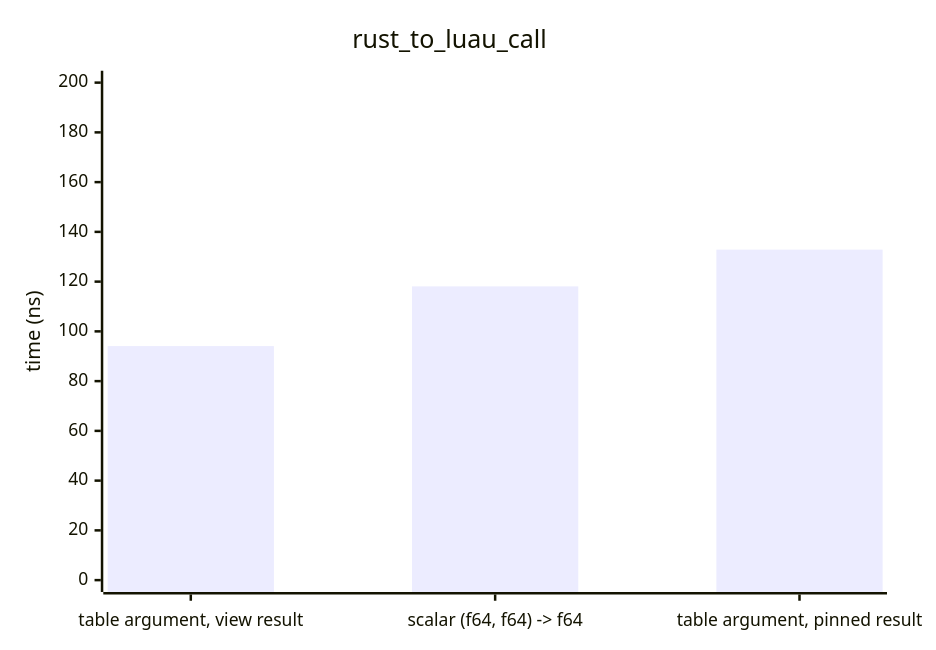
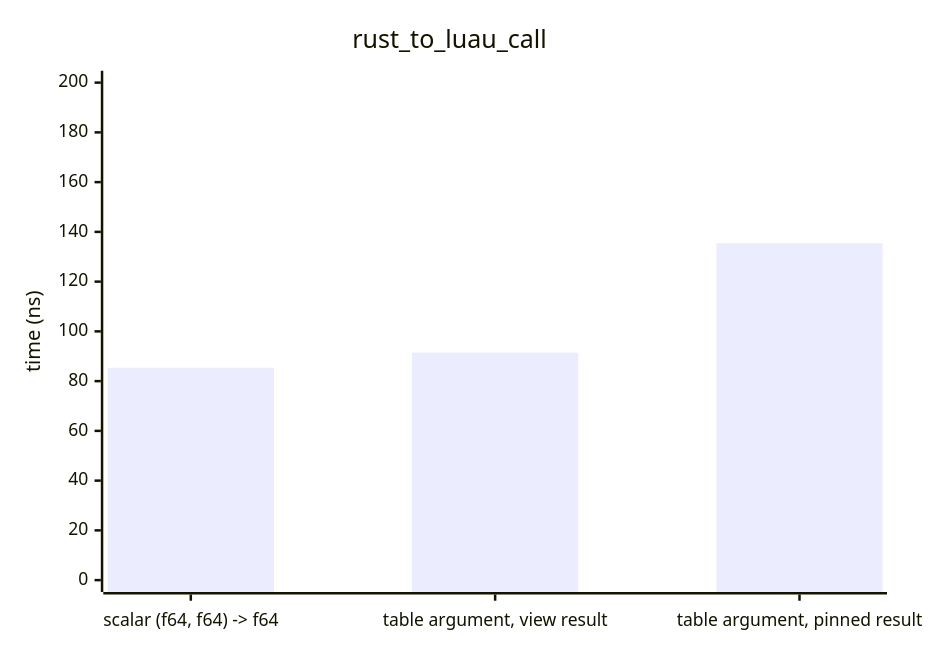
Before and after one commit to DreamWeave-MP/l3i: the first of 7 diagrams in BENCHMARKS.md, drawn with Mermaid. The commit also changed other lines of this file and 2 other files, not shown here.

````diff
--- a/BENCHMARKS.md
+++ b/BENCHMARKS.md
@@ -17,7 +17,7 @@
 ```mermaid
 xychart-beta
     title "rust_to_luau_call"
-    x-axis ["table argument, view result", "scalar (f64, f64) -> f64", "table argument, pinned result"]
+    x-axis ["scalar (f64, f64) -> f64", "table argument, view result", "table argument, pinned result"]
     y-axis "time (ns)" 0 --> 200.00
-    bar [94.09, 118.09, 132.87]
+    bar [85.34, 91.48, 135.46]
 ```
````
